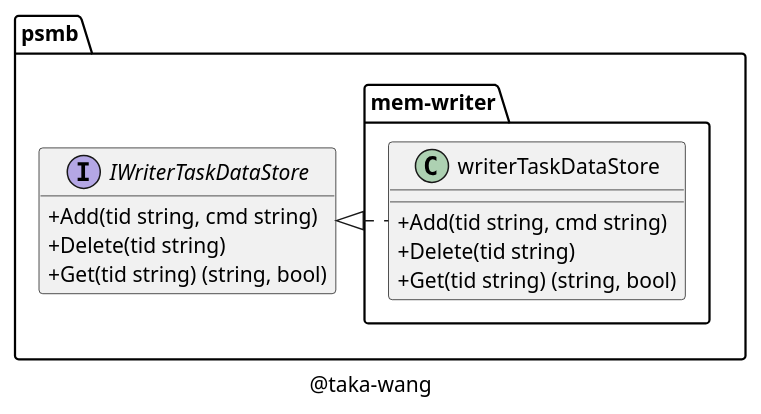
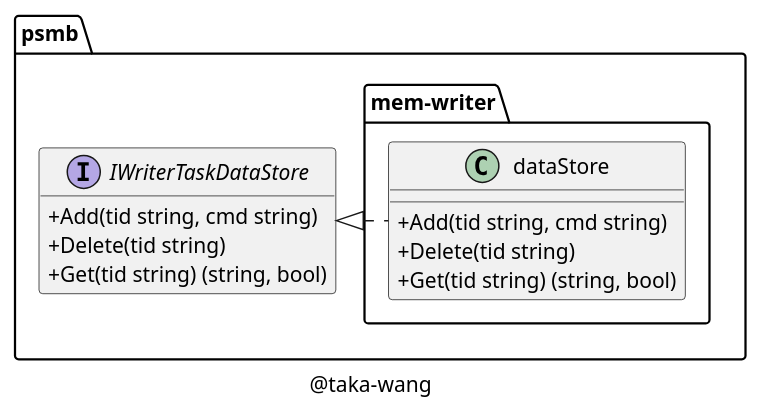
One commit to taka-wang/puml changed the diagram in class/mem-writer.puml. Above: the diagram before and after it, drawn with PlantUML. The commit also changed 1 other file, not shown here.

Commit message:
update uml

```diff
--- a/class/mem-writer.puml
+++ b/class/mem-writer.puml
@@ -1,25 +1,25 @@
 @startuml
 
 set namespaceSeparator /
 
 skinparam classAttributeIconSize 0
 
-class psmb/mem-writer/writerTaskDataStore {
+class psmb/mem-writer/dataStore {
     +Add(tid string, cmd string)
     +Delete(tid string)
     +Get(tid string) (string, bool)
 }
 
 interface psmb/IWriterTaskDataStore {
     +Add(tid string, cmd string)
     +Delete(tid string)
     +Get(tid string) (string, bool)
 }
 
-"psmb/IWriterTaskDataStore" <|. "psmb/mem-writer/writerTaskDataStore"
+"psmb/IWriterTaskDataStore" <|. "psmb/mem-writer/dataStore"
 
 caption @taka-wang
 
 hide interface fields
 
 @enduml
```
